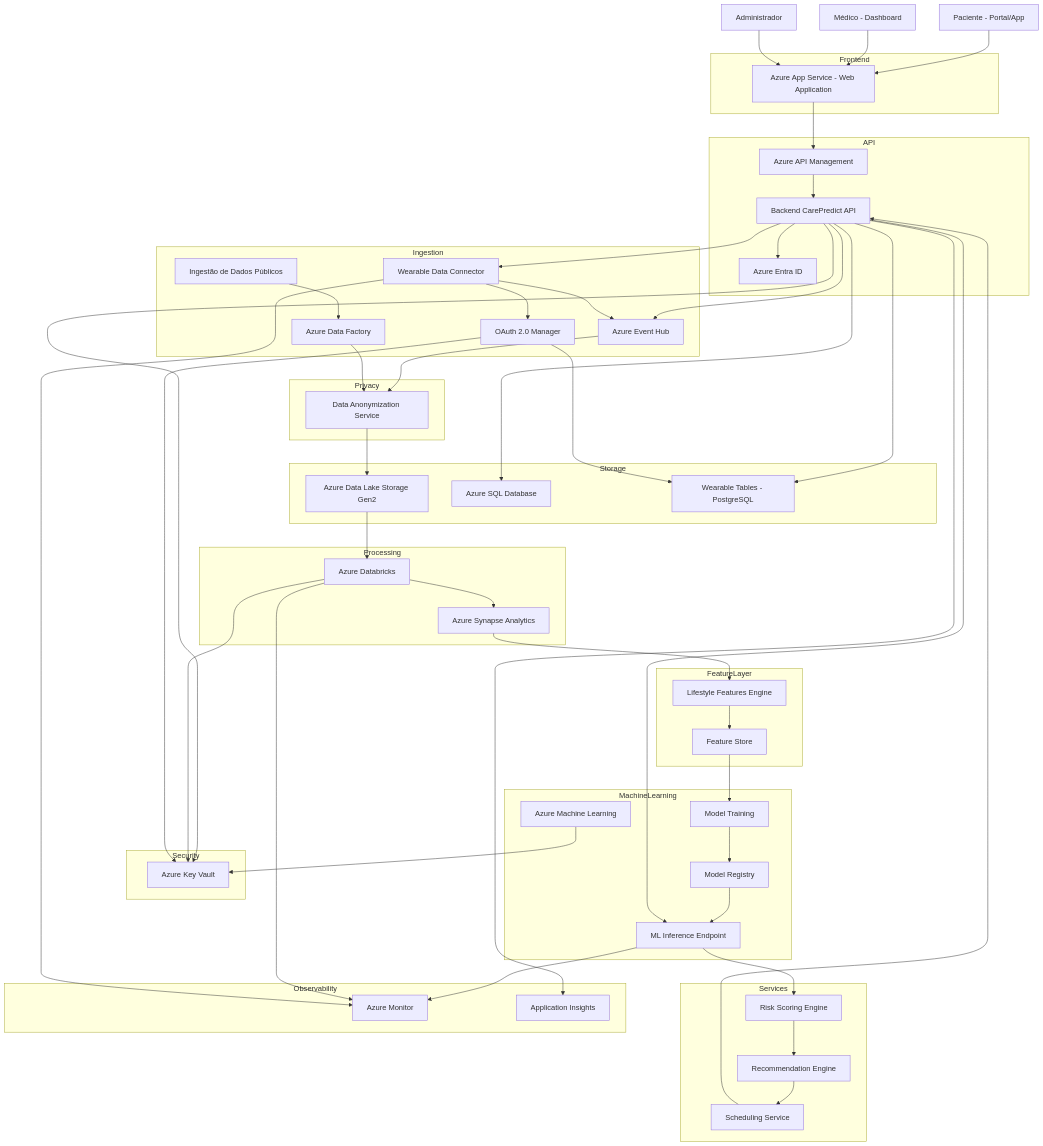
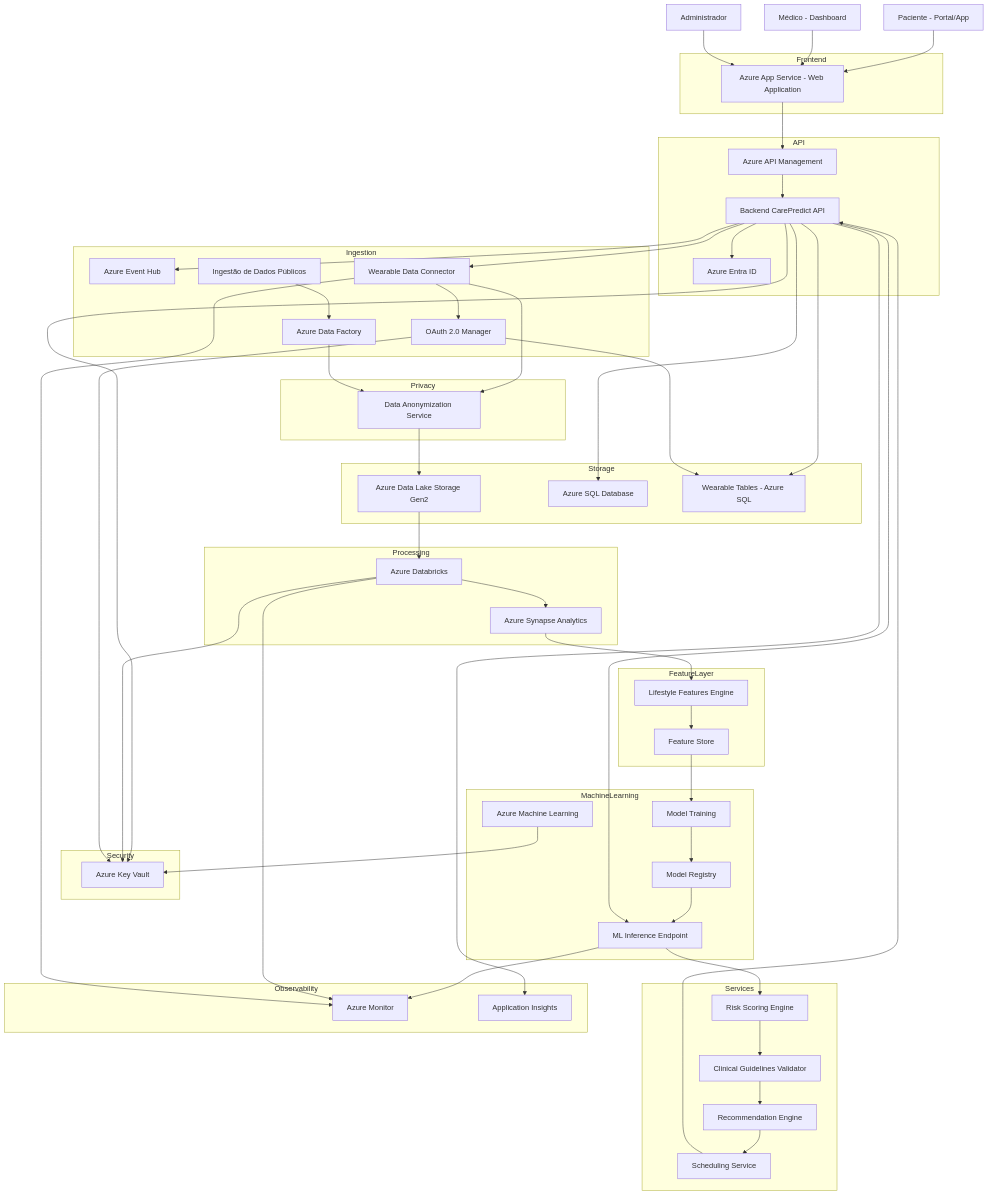
The first of 2 diagrams in ARQUITERUA CLOUD.md (ccps1-care-predict/care-plus-ccps1), drawn with Mermaid before and after one commit. The commit also changed other lines of this file and 6 other files, not shown here.

```diff
--- a/ARQUITERUA CLOUD.md
+++ b/ARQUITERUA CLOUD.md
@@ -78,7 +78,7 @@
 
 DataLake[Azure Data Lake Storage Gen2]
 SQLDB[Azure SQL Database]
-WearableDB[Wearable Tables - PostgreSQL]
+WearableTables[Wearable Tables - Azure SQL]
 
 end
 
@@ -116,6 +116,7 @@
 subgraph Services
 
 RiskEngine[Risk Scoring Engine]
+ClinicalValidator[Clinical Guidelines Validator]
 Recommendation[Recommendation Engine]
 Scheduling[Scheduling Service]
 
@@ -152,22 +153,21 @@
 %% DATA FLOW
 
 Backend --> SQLDB
-Backend --> WearableDB
+Backend --> WearableTables
 
 %% EVENT STREAM
 
 Backend --> EventHub
 
-%% WEARABLE INGESTION
+%% WEARABLE INGESTION (BATCH ONLY - OPÇÃO A)
 
 Backend --> WearableConn
 WearableConn --> WearableOAuth
-WearableOAuth --> WearableDB
-WearableConn --> EventHub
+WearableOAuth --> WearableTables
+WearableConn --> Anonymization
 
 %% DATA INGESTION
 
-EventHub --> Anonymization
 PublicData --> DataFactory
 DataFactory --> Anonymization
 
@@ -193,7 +193,8 @@
 
 Backend --> Inference
 Inference --> RiskEngine
-RiskEngine --> Recommendation
+RiskEngine --> ClinicalValidator
+ClinicalValidator --> Recommendation
 
 Recommendation --> Scheduling
 
```
